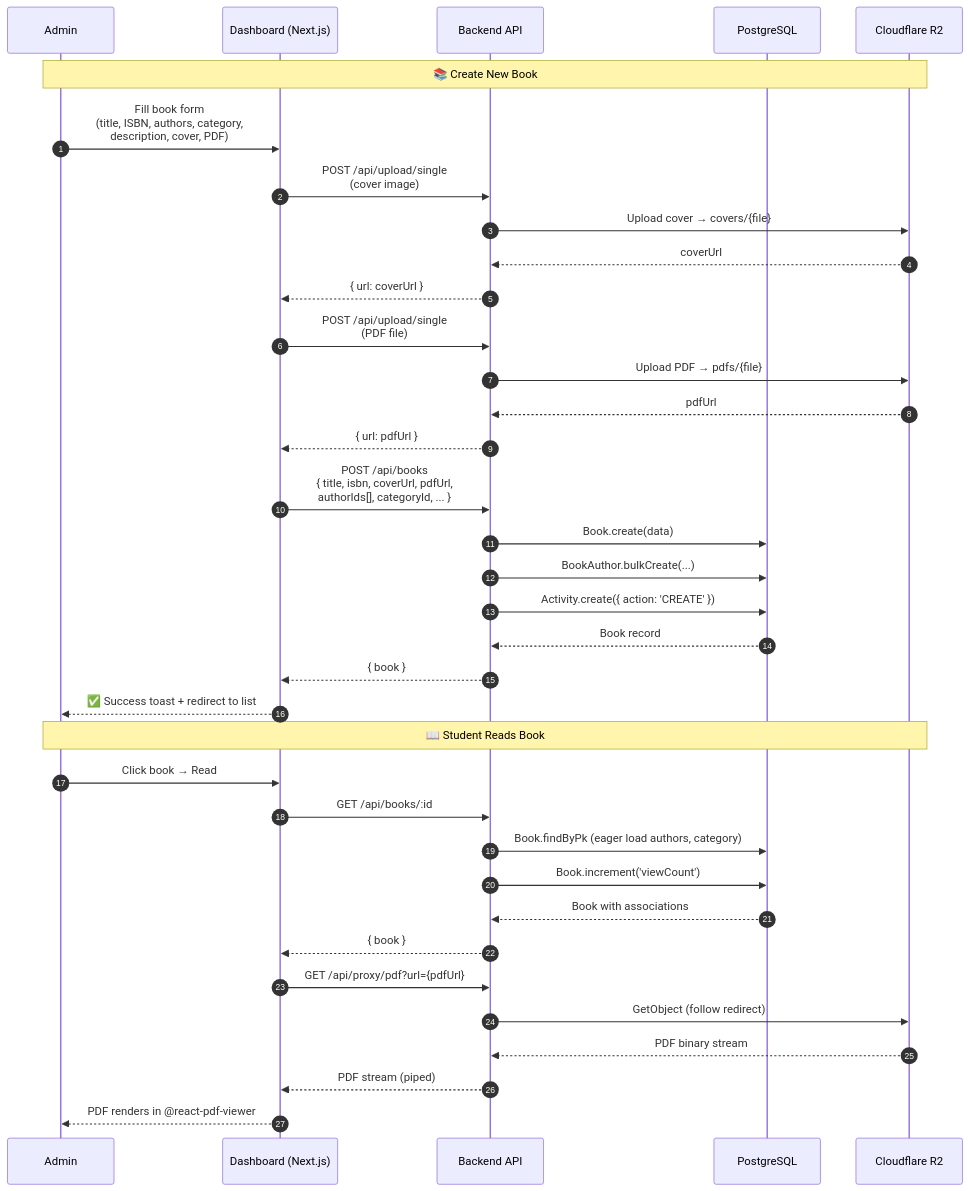
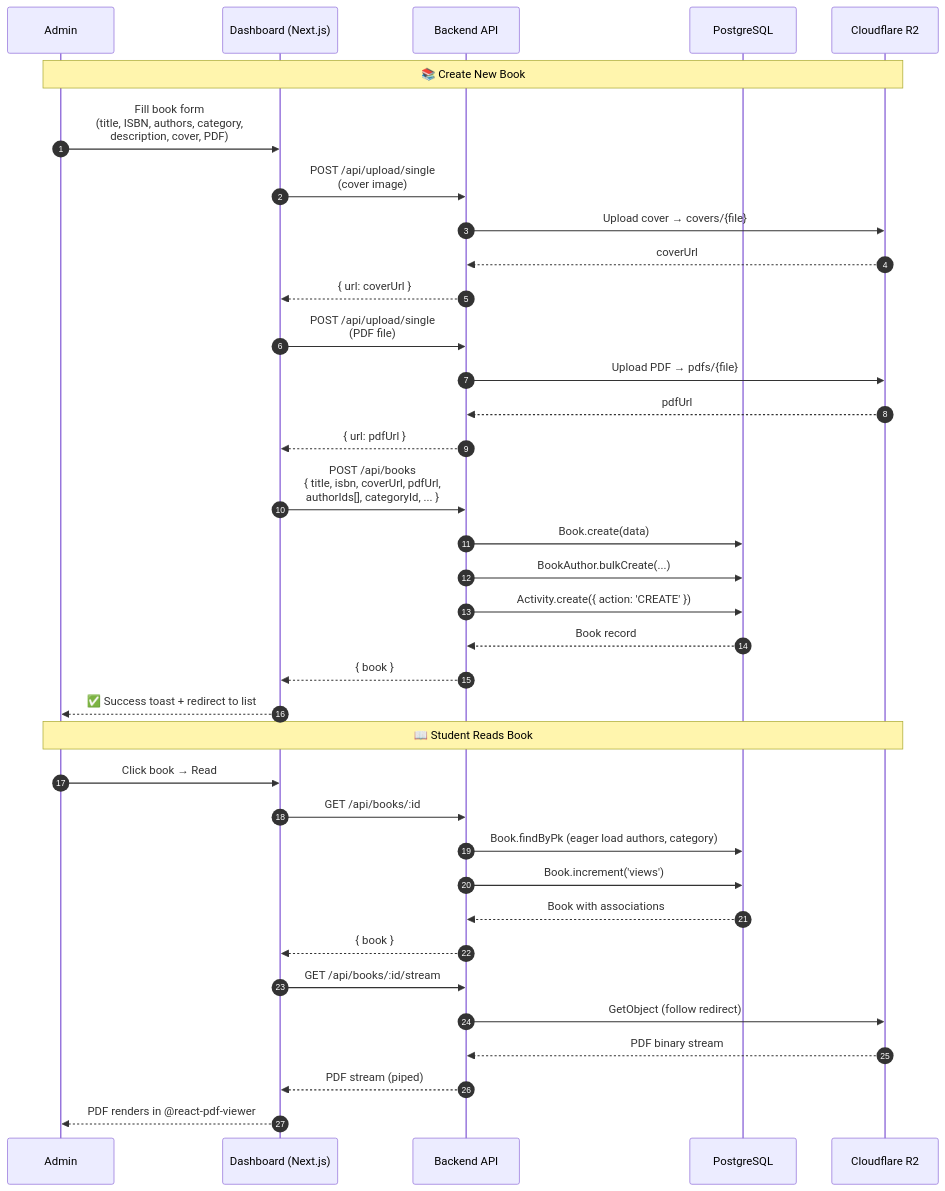
Before and after one commit to E-Library-Norton/user-backend: diagram 15 of 16 in DIAGRAM.md, drawn with Mermaid. The commit also changed other lines of this file and 5 other files, not shown here.

````diff
--- a/DIAGRAM.md
+++ b/DIAGRAM.md
@@ -793,42 +867,42 @@
 ```mermaid
 sequenceDiagram
     autonumber
     participant A as Admin
     participant D as Dashboard (Next.js)
     participant API as Backend API
     participant DB as PostgreSQL
     participant R2 as Cloudflare R2
 
     Note over A,R2: 📚 Create New Book
     A->>D: Fill book form<br/>(title, ISBN, authors, category,<br/>description, cover, PDF)
     D->>API: POST /api/upload/single<br/>(cover image)
     API->>R2: Upload cover → covers/{file}
     R2-->>API: coverUrl
     API-->>D: { url: coverUrl }
     
     D->>API: POST /api/upload/single<br/>(PDF file)
     API->>R2: Upload PDF → pdfs/{file}
     R2-->>API: pdfUrl
     API-->>D: { url: pdfUrl }
     
     D->>API: POST /api/books<br/>{ title, isbn, coverUrl, pdfUrl,<br/>authorIds[], categoryId, ... }
     API->>DB: Book.create(data)
     API->>DB: BookAuthor.bulkCreate(...)
     API->>DB: Activity.create({ action: 'CREATE' })
     DB-->>API: Book record
     API-->>D: { book }
     D-->>A: ✅ Success toast + redirect to list
 
     Note over A,R2: 📖 Student Reads Book
     A->>D: Click book → Read
     D->>API: GET /api/books/:id
     API->>DB: Book.findByPk (eager load authors, category)
-    API->>DB: Book.increment('viewCount')
+    API->>DB: Book.increment('views')
     DB-->>API: Book with associations
     API-->>D: { book }
-    D->>API: GET /api/proxy/pdf?url={pdfUrl}
+    D->>API: GET /api/books/:id/stream
     API->>R2: GetObject (follow redirect)
     R2-->>API: PDF binary stream
     API-->>D: PDF stream (piped)
     D-->>A: PDF renders in @react-pdf-viewer
 ```
````
